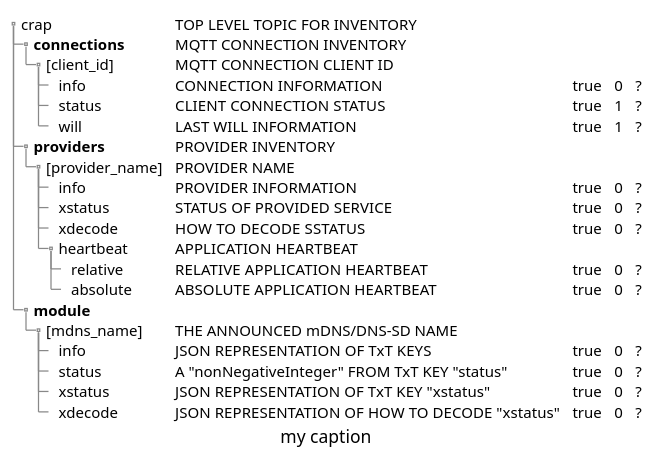
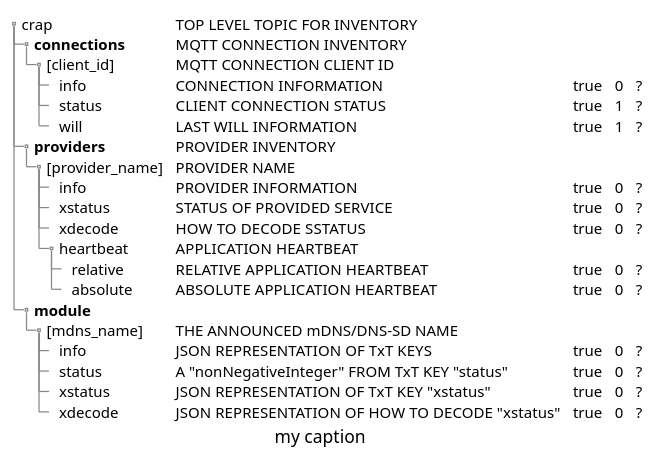
Before and after one commit to ITxPT/schematest: the diagram in puml-linktest/crap.puml, drawn with PlantUML.

```diff
--- a/puml-linktest/crap.puml
+++ b/puml-linktest/crap.puml
@@ -1,34 +1,34 @@
 @startsalt (id=crap)
 'title test crap
 
 {
 {T
 ' test crap
 
-+ crap | TOP LEVEL TOPIC FOR INVENTORY
-++ **connections** | MQTT CONNECTION INVENTORY
-+++ [client_id] | MQTT CONNECTION CLIENT ID
-++++ info | CONNECTION INFORMATION | true | 0 | ?
-++++ status | CLIENT CONNECTION STATUS | true | 1 | ?
-++++ will | LAST WILL INFORMATION | true | 1 | ?
+++ crap | TOP LEVEL TOPIC FOR INVENTORY
++++ **connections** | MQTT CONNECTION INVENTORY
+++++ [client_id] | MQTT CONNECTION CLIENT ID
++++++ info | CONNECTION INFORMATION | true | 0 | ?
++++++ status | CLIENT CONNECTION STATUS | true | 1 | ?
++++++ will | LAST WILL INFORMATION | true | 1 | ?
 
-++ **providers** | PROVIDER INVENTORY
-+++ [provider_name] | PROVIDER NAME
-++++ info | PROVIDER INFORMATION | true | 0 | ?
-++++ xstatus | STATUS OF PROVIDED SERVICE | true | 0 | ?
-++++ xdecode | HOW TO DECODE SSTATUS | true | 0 | ?
-++++ heartbeat | APPLICATION HEARTBEAT
-+++++ relative | RELATIVE APPLICATION HEARTBEAT | true | 0 | ?
-+++++ absolute | ABSOLUTE APPLICATION HEARTBEAT | true | 0 | ?
++++ **providers** | PROVIDER INVENTORY
+++++ [provider_name] | PROVIDER NAME
++++++ info | PROVIDER INFORMATION | true | 0 | ?
++++++ xstatus | STATUS OF PROVIDED SERVICE | true | 0 | ?
++++++ xdecode | HOW TO DECODE SSTATUS | true | 0 | ?
++++++ heartbeat | APPLICATION HEARTBEAT
+++++++ relative | RELATIVE APPLICATION HEARTBEAT | true | 0 | ?
+++++++ absolute | ABSOLUTE APPLICATION HEARTBEAT | true | 0 | ?
 
-++ **module**
-+++ [mdns_name] | THE ANNOUNCED mDNS/DNS-SD NAME
-++++ info | JSON REPRESENTATION OF TxT KEYS | true | 0 | ?
-++++ status | A "nonNegativeInteger" FROM TxT KEY "status" | true | 0 | ?
-++++ xstatus | JSON REPRESENTATION OF TxT KEY "xstatus" | true | 0 | ?
-++++ xdecode | JSON REPRESENTATION OF HOW TO DECODE "xstatus" | true | 0 | ?
++++ **module**
+++++ [mdns_name] | THE ANNOUNCED mDNS/DNS-SD NAME
++++++ info | JSON REPRESENTATION OF TxT KEYS | true | 0 | ?
++++++ status | A "nonNegativeInteger" FROM TxT KEY "status" | true | 0 | ?
++++++ xstatus | JSON REPRESENTATION OF TxT KEY "xstatus" | true | 0 | ?
++++++ xdecode | JSON REPRESENTATION OF HOW TO DECODE "xstatus" | true | 0 | ?
 caption my caption
 
 }
 }
 @endsalt
```
